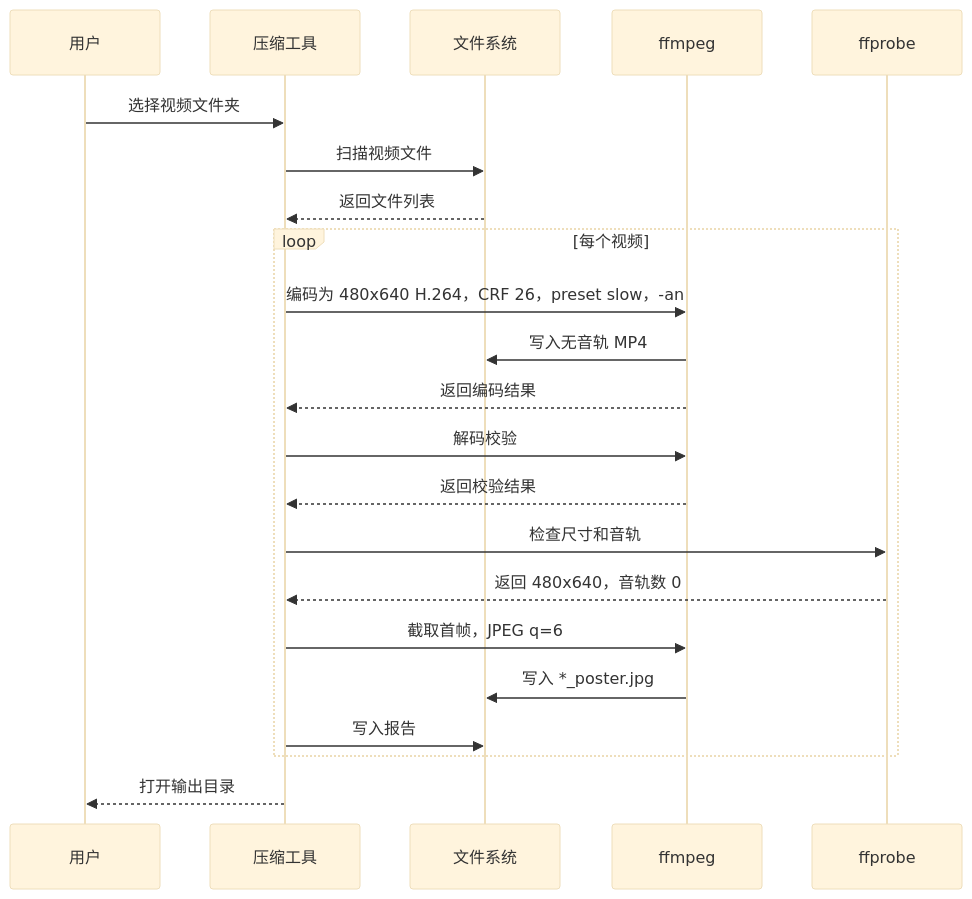
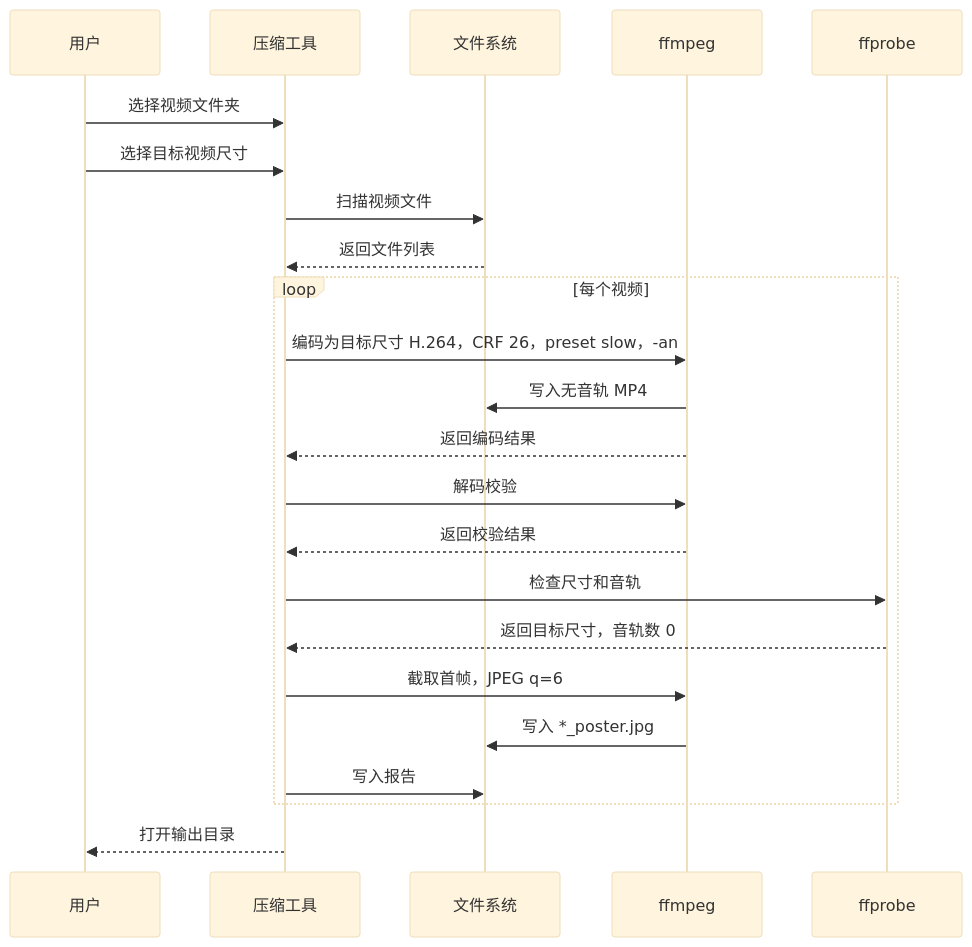
Before and after one commit to devSC/onboarding-video-compressor: the second of 2 diagrams in docs/video-compress-480x640-no-audio.md, drawn with Mermaid (base theme). The commit also changed other lines of this file and 3 other files, not shown here.

````diff
--- a/docs/video-compress-480x640-no-audio.md
+++ b/docs/video-compress-480x640-no-audio.md
@@ -174,31 +177,32 @@
 ```mermaid
 sequenceDiagram
   participant User as 用户
   participant App as 压缩工具
   participant FS as 文件系统
   participant FFmpeg as ffmpeg
   participant FFprobe as ffprobe
 
   User->>App: 选择视频文件夹
+  User->>App: 选择目标视频尺寸
   App->>FS: 扫描视频文件
   FS-->>App: 返回文件列表
 
   loop 每个视频
-    App->>FFmpeg: 编码为 480x640 H.264，CRF 26，preset slow，-an
+    App->>FFmpeg: 编码为目标尺寸 H.264，CRF 26，preset slow，-an
     FFmpeg->>FS: 写入无音轨 MP4
     FFmpeg-->>App: 返回编码结果
 
     App->>FFmpeg: 解码校验
     FFmpeg-->>App: 返回校验结果
 
     App->>FFprobe: 检查尺寸和音轨
-    FFprobe-->>App: 返回 480x640，音轨数 0
+    FFprobe-->>App: 返回目标尺寸，音轨数 0
 
     App->>FFmpeg: 截取首帧，JPEG q=6
     FFmpeg->>FS: 写入 *_poster.jpg
 
     App->>FS: 写入报告
   end
 
   App-->>User: 打开输出目录
 ```
````
